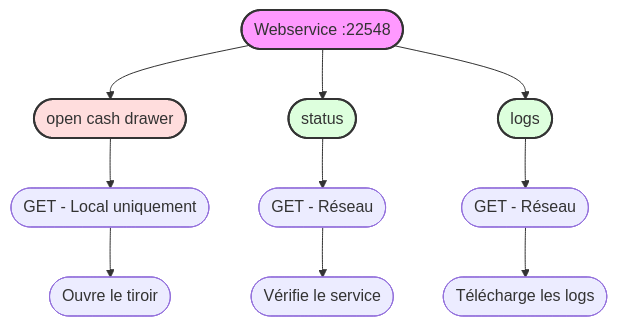
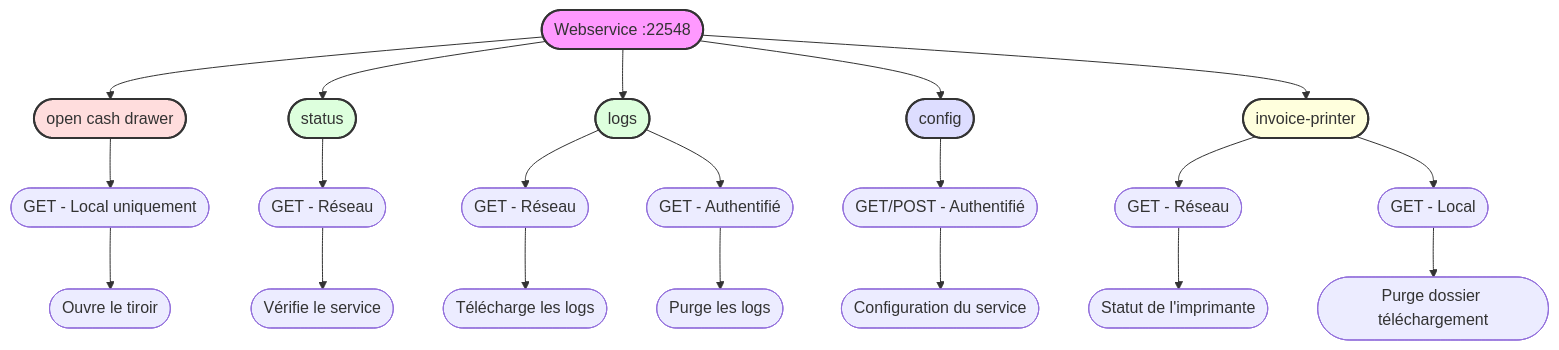
The second of 4 diagrams in SPECS.md (SICALAIT/odoo_pos_cashdrawer_webservice), drawn with Mermaid before and after one commit. The commit also changed other lines of this file and 1 other file, not shown here.

Commit message:
Mise à jour de la documentation : ajout de l'emplacement du fichier de configuration, des options d'impression automatique des factures PDF, et d'une interface de configuration web sécurisée.

````diff
--- a/SPECS.md
+++ b/SPECS.md
@@ -54,21 +64,35 @@
 ```mermaid
 flowchart TB
     A([Webservice :22548])
     A --> B([open cash drawer])
     A --> C([status])
     A --> D([logs])
+    A --> K([config])
+    A --> L([invoice-printer])
     
     B --> E([GET - Local uniquement])
     E --> F([Ouvre le tiroir])
     
     C --> G([GET - Réseau])
     G --> H([Vérifie le service])
     
     D --> I([GET - Réseau])
     I --> J([Télécharge les logs])
+    D --> M([GET - Authentifié])
+    M --> N([Purge les logs])
+
+    K --> O([GET/POST - Authentifié])
+    O --> P([Configuration du service])
+
+    L --> Q([GET - Réseau])
+    Q --> R([Statut de l'imprimante])
+    L --> S([GET - Local])
+    S --> T([Purge dossier téléchargement])
 
     style A fill:#f9f,stroke:#333,stroke-width:2px
     style B fill:#fdd,stroke:#333,stroke-width:2px
     style C fill:#dfd,stroke:#333,stroke-width:2px
     style D fill:#dfd,stroke:#333,stroke-width:2px
+    style K fill:#ddf,stroke:#333,stroke-width:2px
+    style L fill:#ffd,stroke:#333,stroke-width:2px
 ```
````
